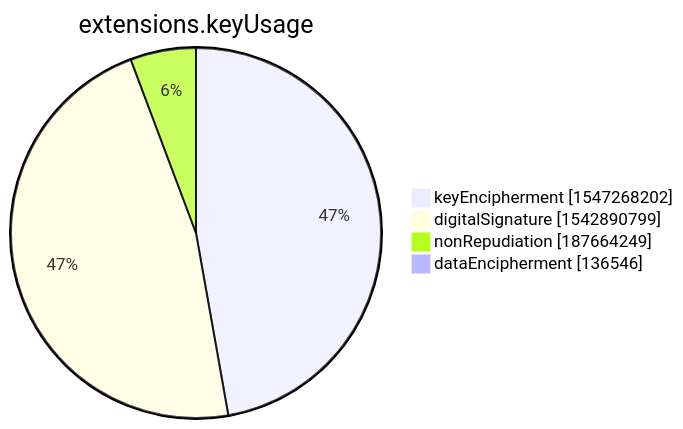
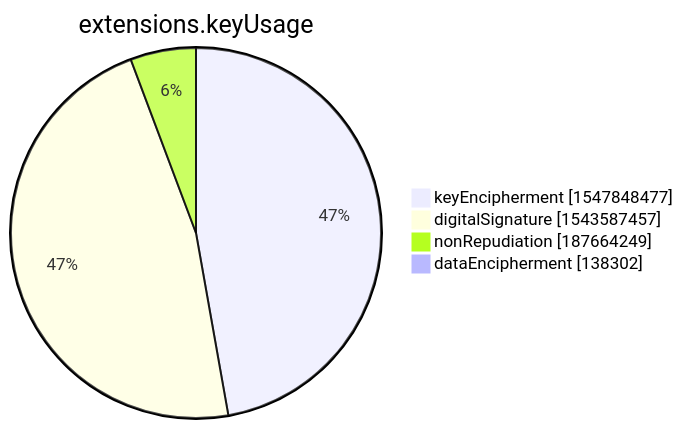
The seventh of 15 diagrams in xenon2022/README.md (christiankrug/ctmonitor_visualization), drawn with Mermaid before and after one commit. The commit also changed other lines of this file, not shown here.

````diff
--- a/xenon2022/README.md
+++ b/xenon2022/README.md
@@ -2851,8 +2851,8 @@
 ```mermaid
 pie showData
 title extensions.keyUsage
-"keyEncipherment" :1547268202
-"digitalSignature" :1542890799
+"keyEncipherment" :1547848477
+"digitalSignature" :1543587457
 "nonRepudiation" :187664249
-"dataEncipherment" :136546
+"dataEncipherment" :138302
 ```
````
